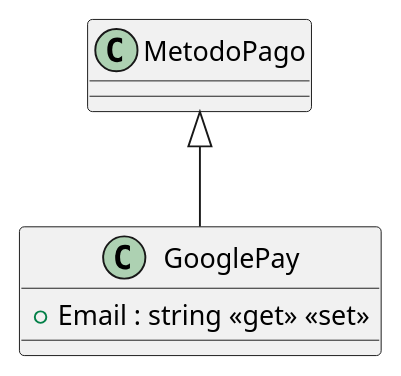
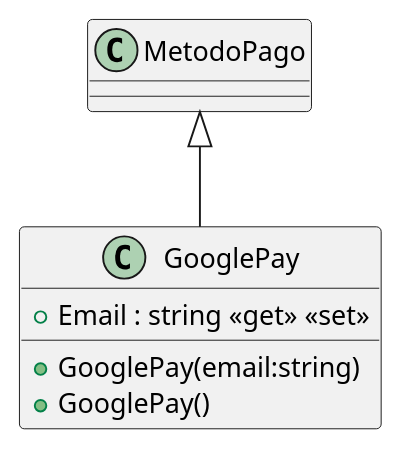
One commit to ISII2627JRJ/ISII2627JRJ changed the diagram in src/AppForSEII.API/ClassDiagram/GooglePay.puml. Above: the diagram before and after it, drawn with PlantUML. The commit also changed 16 other files, not shown here.

First line of the commit message:
Constructores añadidos y diagramas uml actualizados (#48)

```diff
--- a/src/AppForSEII.API/ClassDiagram/GooglePay.puml
+++ b/src/AppForSEII.API/ClassDiagram/GooglePay.puml
@@ -1,6 +1,8 @@
 @startuml
 class GooglePay {
     + Email : string <<get>> <<set>>
+    + GooglePay(email:string)
+    + GooglePay()
 }
 MetodoPago <|-- GooglePay
 @enduml
```
